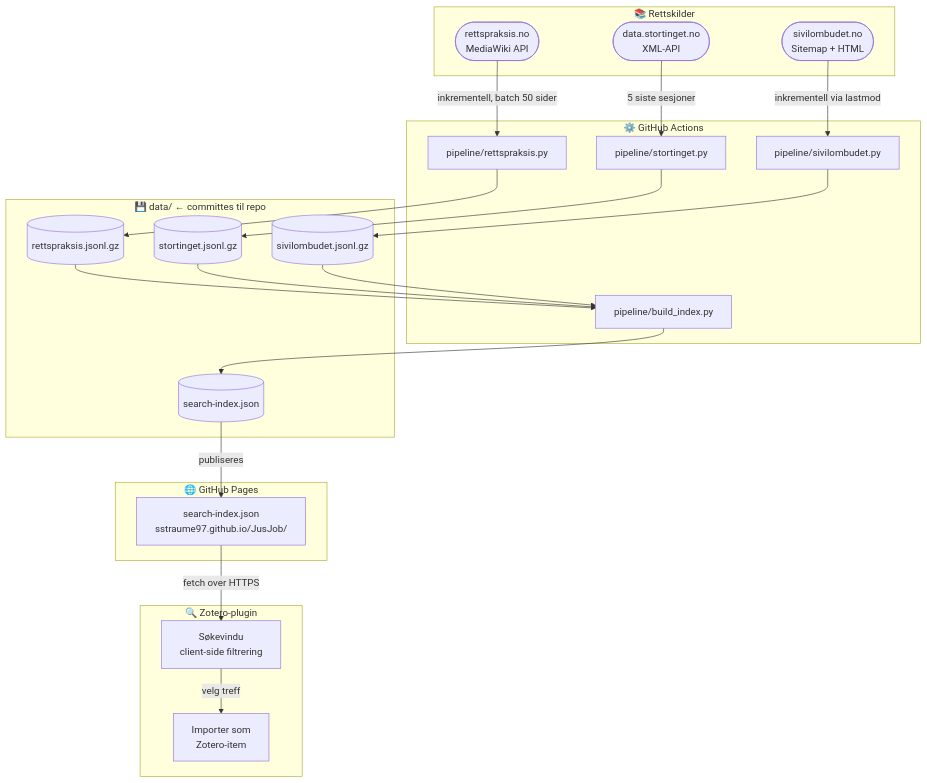
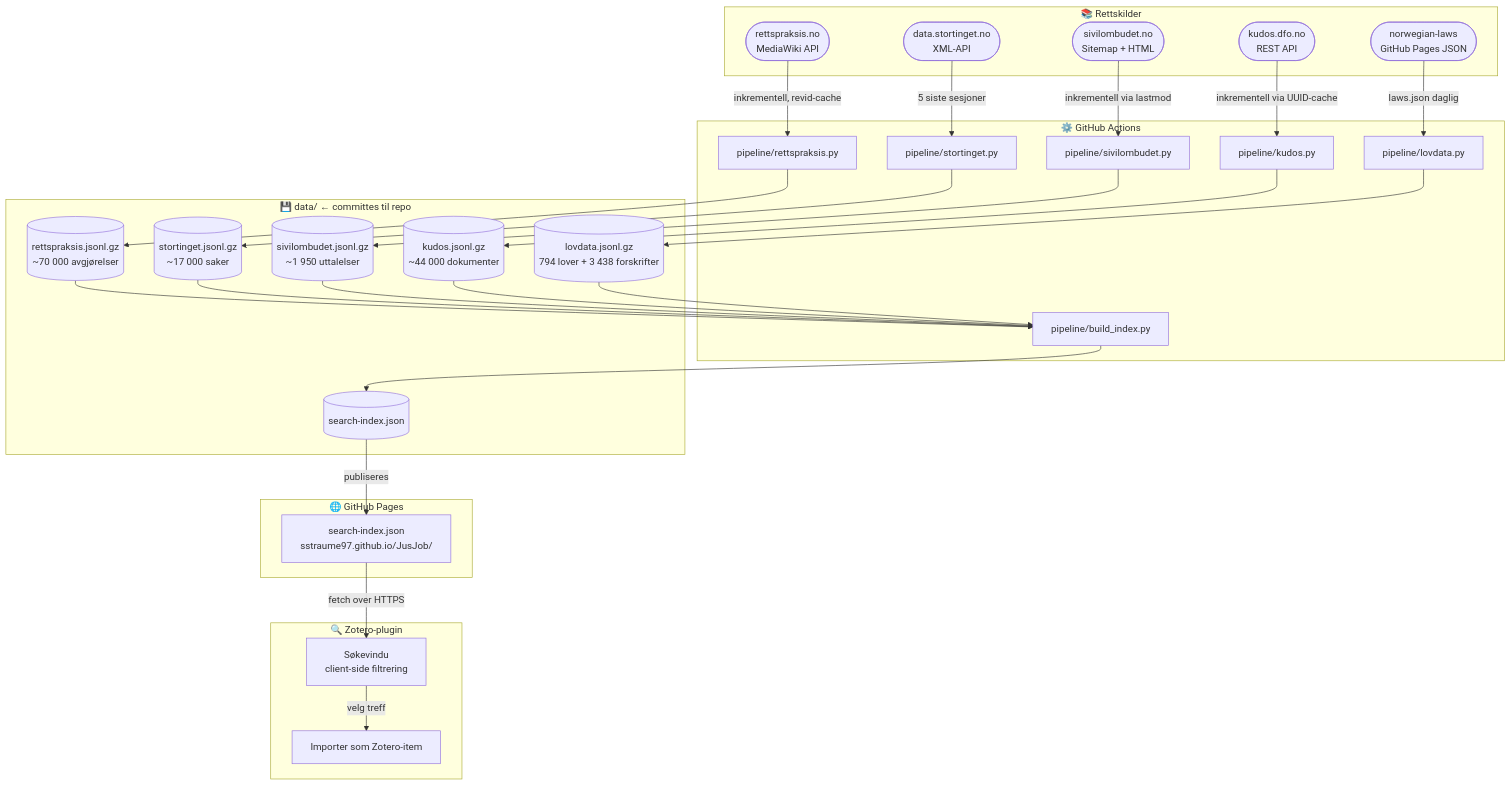
One commit to sstraume97/JusJob changed the diagram in README.md. Above: the diagram before and after it, drawn with Mermaid. The commit also changed other lines of this file and 1 other file, not shown here.

Commit message:
Legg til nettside med navigasjon og SVG-arkitekturdiagram, kortfattet README

````diff
--- a/README.md
+++ b/README.md
@@ -14,46 +11,56 @@
 ```mermaid
 flowchart TD
     subgraph Kilder["📚 Rettskilder"]
         A1([rettspraksis.no\nMediaWiki API])
         A2([data.stortinget.no\nXML-API])
         A3([sivilombudet.no\nSitemap + HTML])
+        A4([kudos.dfo.no\nREST API])
+        A5([norwegian-laws\nGitHub Pages JSON])
     end
 
     subgraph Actions["⚙️ GitHub Actions"]
         B1[pipeline/rettspraksis.py]
         B2[pipeline/stortinget.py]
         B3[pipeline/sivilombudet.py]
-        B4[pipeline/build_index.py]
+        B4[pipeline/kudos.py]
+        B5[pipeline/lovdata.py]
+        B6[pipeline/build_index.py]
     end
 
     subgraph Data["💾 data/  ← committes til repo"]
-        C1[(rettspraksis.jsonl.gz)]
-        C2[(stortinget.jsonl.gz)]
-        C3[(sivilombudet.jsonl.gz)]
-        C4[(search-index.json)]
+        C1[(rettspraksis.jsonl.gz\n~70 000 avgjørelser)]
+        C2[(stortinget.jsonl.gz\n~17 000 saker)]
+        C3[(sivilombudet.jsonl.gz\n~1 950 uttalelser)]
+        C4[(kudos.jsonl.gz\n~44 000 dokumenter)]
+        C5[(lovdata.jsonl.gz\n794 lover + 3 438 forskrifter)]
+        C6[(search-index.json)]
     end
 
     subgraph Pages["🌐 GitHub Pages"]
         D[search-index.json\nsstraume97.github.io/JusJob/]
     end
 
     subgraph Zotero["🔍 Zotero-plugin"]
         E[Søkevindu\nclient-side filtrering]
-        F[Importer som\nZotero-item]
+        F[Importer som Zotero-item]
     end
 
-    A1 -->|inkrementell, batch 50 sider| B1
+    A1 -->|inkrementell, revid-cache| B1
     A2 -->|5 siste sesjoner| B2
     A3 -->|inkrementell via lastmod| B3
+    A4 -->|inkrementell via UUID-cache| B4
+    A5 -->|laws.json daglig| B5
 
     B1 --> C1
     B2 --> C2
     B3 --> C3
+    B4 --> C4
+    B5 --> C5
 
-    C1 & C2 & C3 --> B4
-    B4 --> C4
+    C1 & C2 & C3 & C4 & C5 --> B6
+    B6 --> C6
 
-    C4 -->|publiseres| D
+    C6 -->|publiseres| D
     D -->|fetch over HTTPS| E
     E -->|velg treff| F
 ```
````
